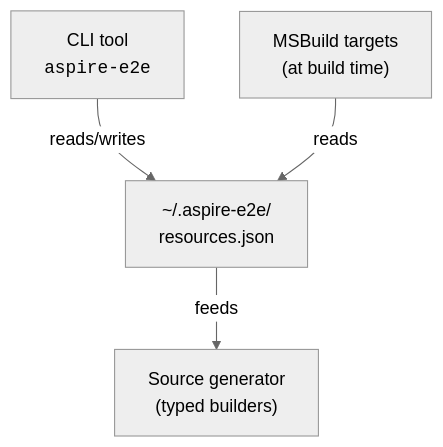
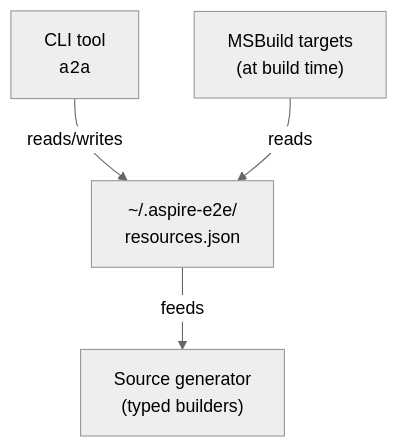
Before and after one commit to shirubasoft/aspire-e2e: the diagram in README.md, drawn with Mermaid (neutral theme). The commit also changed other lines of this file and 5 other files, not shown here.

Commit message:
Rename CLI tool from 'aspire-e2e' to 'a2a' across documentation, code, and tests

````diff
--- a/README.md
+++ b/README.md
@@ -22,6 +22,6 @@
 ```mermaid
 graph TD
-    CLI["CLI tool<br/><code>aspire-e2e</code>"] -->|reads/writes| Config["~/.aspire-e2e/<br/>resources.json"]
+    CLI["CLI tool<br/><code>a2a</code>"] -->|reads/writes| Config["~/.aspire-e2e/<br/>resources.json"]
     MSBuild["MSBuild targets<br/>(at build time)"] -->|reads| Config
     Config -->|feeds| Generator["Source generator<br/>(typed builders)"]
 ```
````
